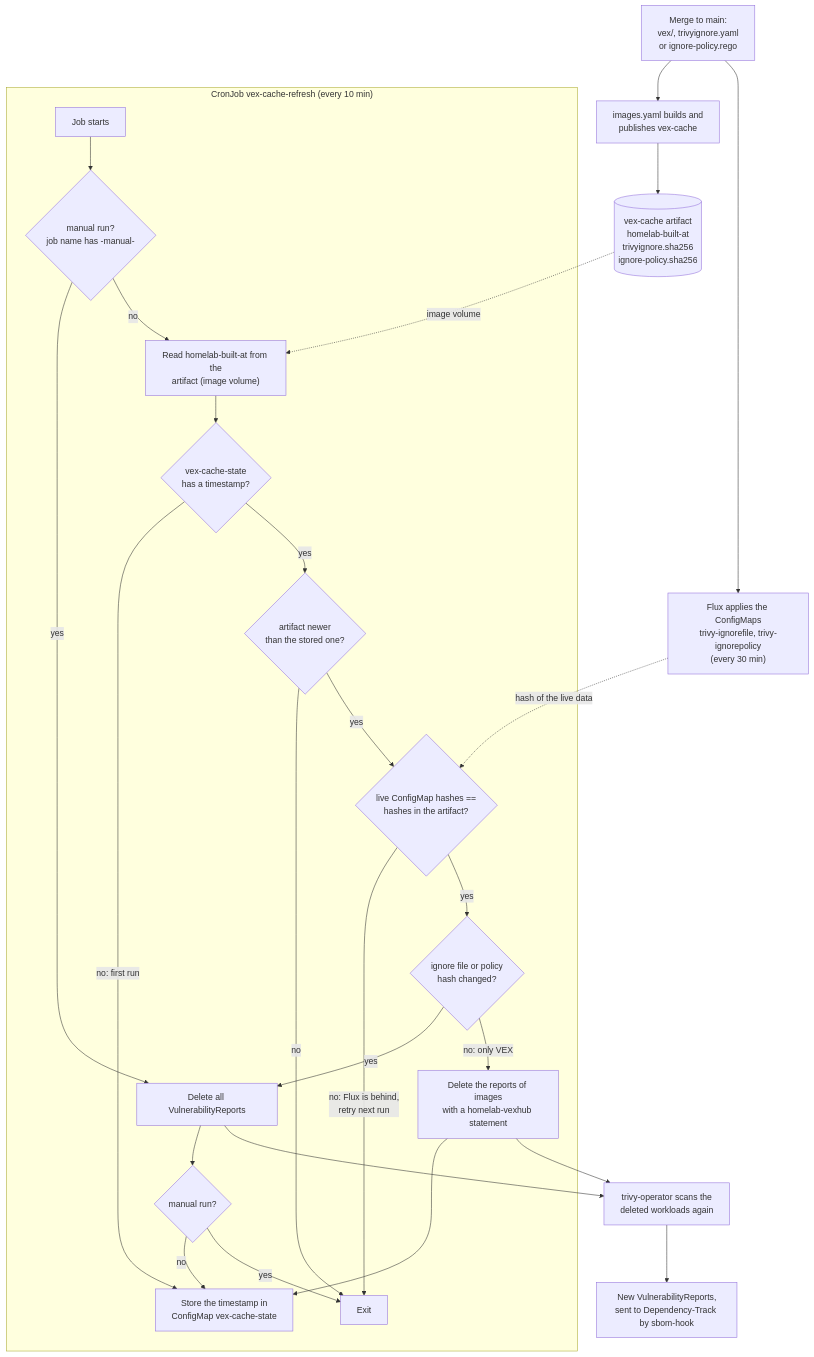
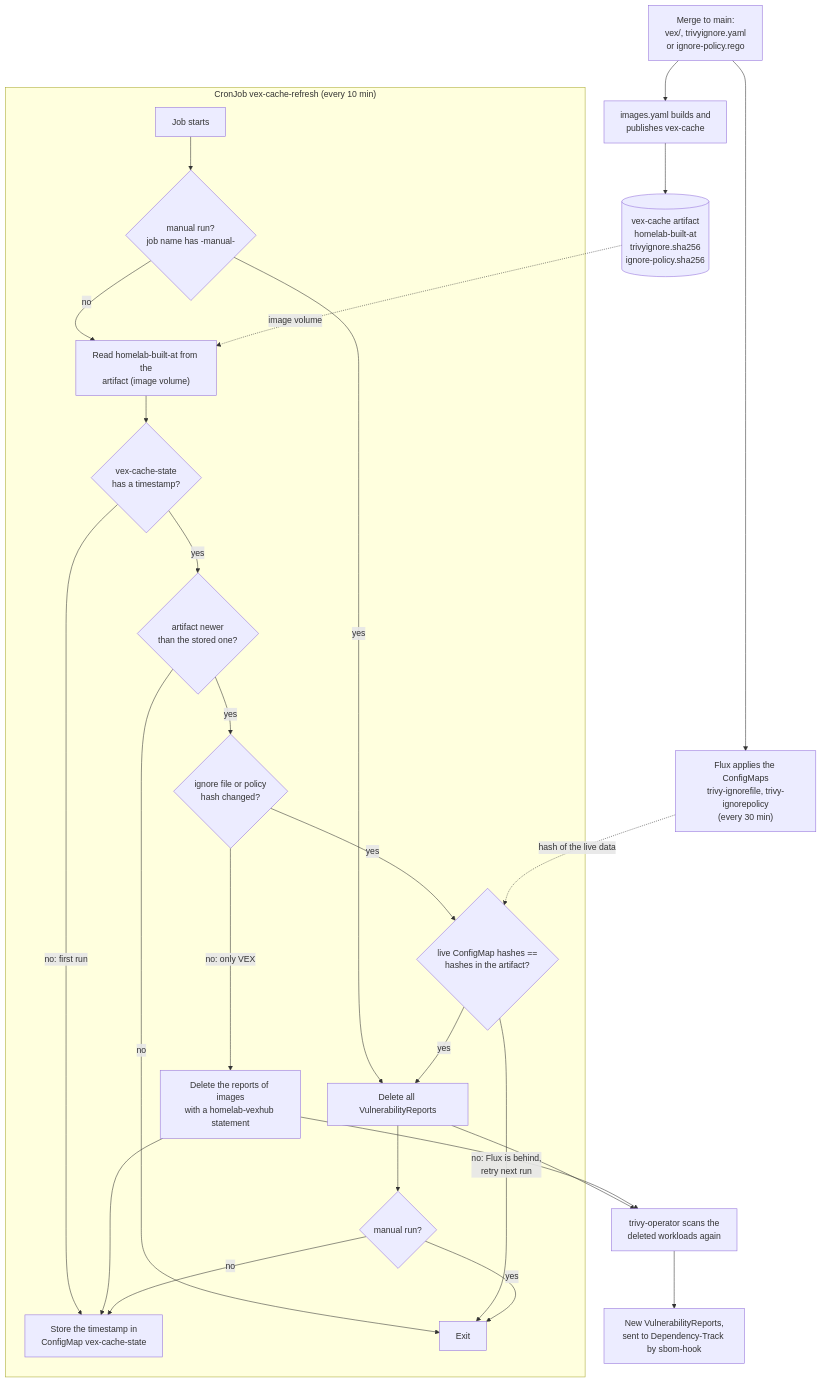
One commit to cthtrifork/talos-gitops changed the diagram in k8s/infra/trivy-system/vex-cache-refresh/README.md. Above: the diagram before and after it, drawn with Mermaid. The commit also changed other lines of this file and 1 other file, not shown here.

Commit message:
refactor(trivy-system): check the Flux guard only before deleting all reports

````diff
--- a/k8s/infra/trivy-system/vex-cache-refresh/README.md
+++ b/k8s/infra/trivy-system/vex-cache-refresh/README.md
@@ -8,31 +8,31 @@
 ```mermaid
 flowchart TB
     change["Merge to main:<br/>vex/, trivyignore.yaml<br/>or ignore-policy.rego"] --> ci["images.yaml builds and<br/>publishes vex-cache"]
     change --> flux["Flux applies the ConfigMaps<br/>trivy-ignorefile, trivy-ignorepolicy<br/>(every 30 min)"]
     ci --> artifact[("vex-cache artifact<br/>homelab-built-at<br/>trivyignore.sha256<br/>ignore-policy.sha256")]
 
     subgraph job["CronJob vex-cache-refresh (every 10 min)"]
         start["Job starts"] --> manual{"manual run?<br/>job name has -manual-"}
         manual -->|yes| delete
         manual -->|no| read["Read homelab-built-at from the<br/>artifact (image volume)"]
         read --> first{"vex-cache-state<br/>has a timestamp?"}
         first -->|"no: first run"| record
         first -->|yes| newer{"artifact newer<br/>than the stored one?"}
         newer -->|no| done["Exit"]
-        newer -->|yes| guard{"live ConfigMap hashes ==<br/>hashes in the artifact?"}
+        newer -->|yes| scope{"ignore file or policy<br/>hash changed?"}
+        scope -->|yes| guard{"live ConfigMap hashes ==<br/>hashes in the artifact?"}
         guard -->|"no: Flux is behind,<br/>retry next run"| done
-        guard -->|yes| scope{"ignore file or policy<br/>hash changed?"}
-        scope -->|yes| delete["Delete all VulnerabilityReports"]
+        guard -->|yes| delete["Delete all VulnerabilityReports"]
         scope -->|"no: only VEX"| some["Delete the reports of images<br/>with a homelab-vexhub statement"]
         some --> record
         delete --> kind{"manual run?"}
         kind -->|no| record["Store the timestamp in<br/>ConfigMap vex-cache-state"]
         kind -->|yes| done
     end
 
     artifact -.->|"image volume"| read
     flux -.->|"hash of the live data"| guard
     delete --> operator["trivy-operator scans the<br/>deleted workloads again"]
     some --> operator
     operator --> reports["New VulnerabilityReports,<br/>sent to Dependency-Track by sbom-hook"]
 ```
````
